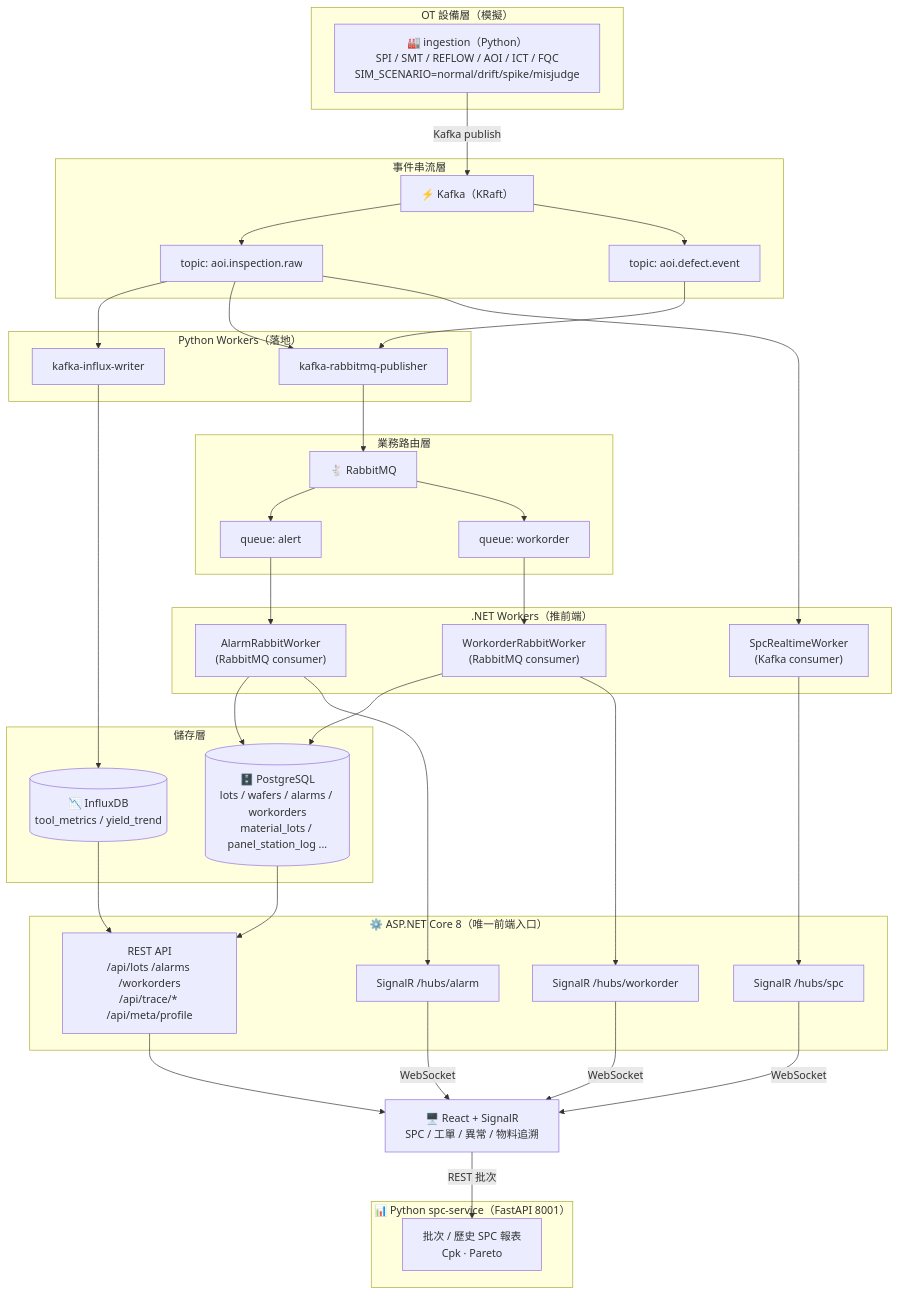
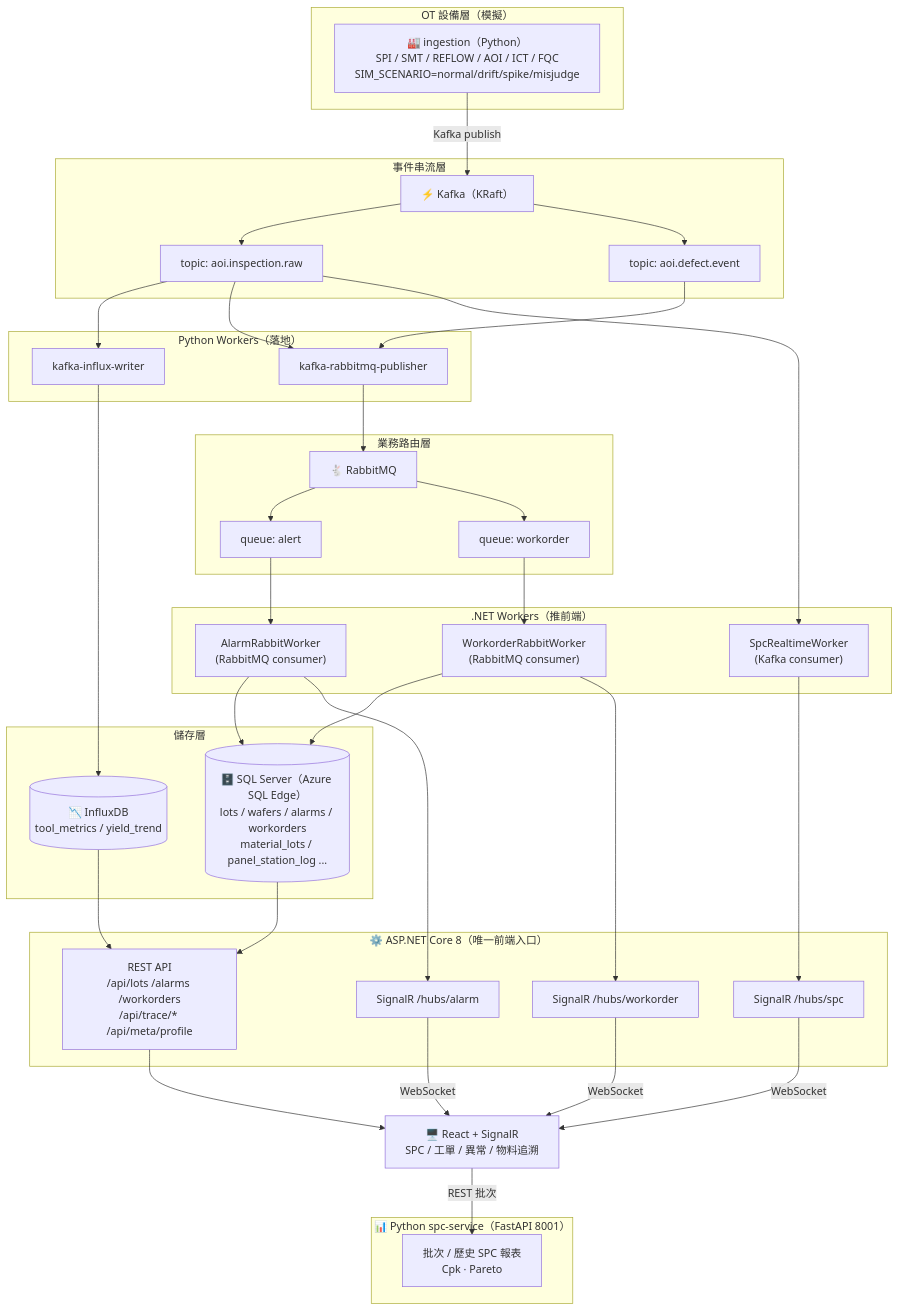
One commit to sfad159357/aoi-ops-platform changed the first of 6 diagrams in graph.md. Above: the diagram before and after it, drawn with Mermaid. The commit also changed other lines of this file and 7 other files, not shown here.

First line of the commit message:
chore: default to SQL Server and add dev compose

````diff
--- a/graph.md
+++ b/graph.md
@@ -14,77 +14,77 @@
 ```mermaid
 flowchart TB
   subgraph OT["OT 設備層（模擬）"]
     SIM["🏭 ingestion（Python）<br/>SPI / SMT / REFLOW / AOI / ICT / FQC<br/>SIM_SCENARIO=normal/drift/spike/misjudge"]
   end
 
   subgraph Stream["事件串流層"]
     KAFKA["⚡ Kafka（KRaft）"]
     T1["topic: aoi.inspection.raw"]
     T2["topic: aoi.defect.event"]
     KAFKA --> T1
     KAFKA --> T2
   end
 
   subgraph PyWorkers["Python Workers（落地）"]
     INF_W["kafka-influx-writer"]
     RMQ_PUB["kafka-rabbitmq-publisher"]
   end
 
   subgraph DotnetWorkers[".NET Workers（推前端）"]
     SPC_W["SpcRealtimeWorker<br/>(Kafka consumer)"]
     AL_W["AlarmRabbitWorker<br/>(RabbitMQ consumer)"]
     WO_W["WorkorderRabbitWorker<br/>(RabbitMQ consumer)"]
   end
 
   subgraph Bus["業務路由層"]
     RMQ["🐇 RabbitMQ"]
     QA["queue: alert"]
     QW["queue: workorder"]
     RMQ --> QA
     RMQ --> QW
   end
 
   subgraph Storage["儲存層"]
     INFLUX[("📉 InfluxDB<br/>tool_metrics / yield_trend")]
-    PG[("🗄️ PostgreSQL<br/>lots / wafers / alarms / workorders<br/>material_lots / panel_station_log ...")]
+    MSSQL[("🗄️ SQL Server（Azure SQL Edge）<br/>lots / wafers / alarms / workorders<br/>material_lots / panel_station_log ...")]
   end
 
   subgraph DOTNET["⚙️ ASP.NET Core 8（唯一前端入口）"]
     REST["REST API<br/>/api/lots /alarms /workorders<br/>/api/trace/* /api/meta/profile"]
     HUB_SPC["SignalR /hubs/spc"]
     HUB_AL["SignalR /hubs/alarm"]
     HUB_WO["SignalR /hubs/workorder"]
   end
 
   subgraph SPCSVC["📊 Python spc-service（FastAPI 8001）"]
     SPC_BATCH["批次 / 歷史 SPC 報表<br/>Cpk · Pareto"]
   end
 
   FE["🖥️ React + SignalR<br/>SPC / 工單 / 異常 / 物料追溯"]
 
   SIM -->|Kafka publish| KAFKA
   T1 --> INF_W
   T1 --> RMQ_PUB
   T2 --> RMQ_PUB
   T1 --> SPC_W
   RMQ_PUB --> RMQ
   QA --> AL_W
   QW --> WO_W
 
   INF_W --> INFLUX
-  AL_W --> PG
-  WO_W --> PG
+  AL_W --> MSSQL
+  WO_W --> MSSQL
 
-  PG --> REST
+  MSSQL --> REST
   INFLUX --> REST
 
   SPC_W --> HUB_SPC
   AL_W --> HUB_AL
   WO_W --> HUB_WO
 
   REST --> FE
   HUB_SPC -->|WebSocket| FE
   HUB_AL  -->|WebSocket| FE
   HUB_WO  -->|WebSocket| FE
   FE -->|REST 批次| SPC_BATCH
 ```
````
